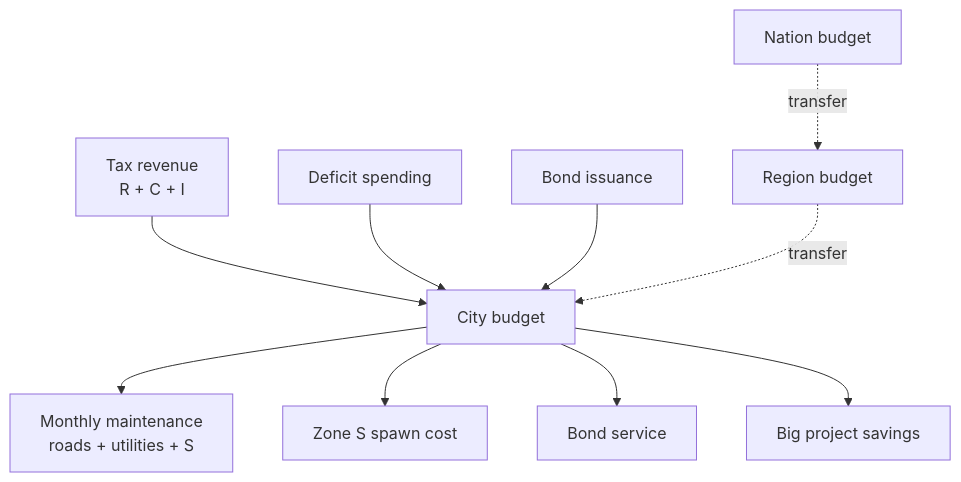
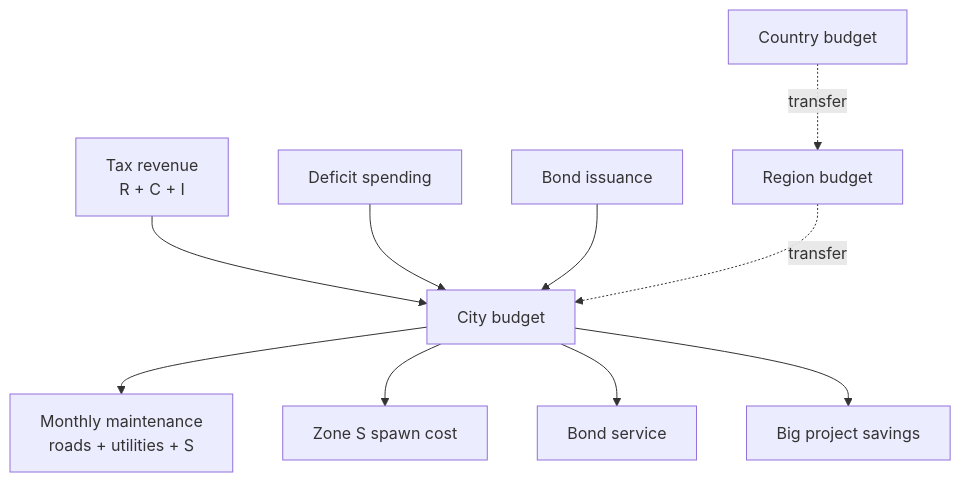
One commit to jiramos87/TerritoryDeveloper changed the third of 5 diagrams in docs/full-game-mvp-exploration.md. Above: the diagram before and after it, drawn with Mermaid. The commit also changed other lines of this file and 15 other files, not shown here.

````diff
--- a/docs/full-game-mvp-exploration.md
+++ b/docs/full-game-mvp-exploration.md
@@ -509,14 +511,14 @@
 ```mermaid
 flowchart TD
     TAX[Tax revenue<br/>R + C + I] --> CITYBUDG[City budget]
     CITYBUDG --> MAINT[Monthly maintenance<br/>roads + utilities + S]
     CITYBUDG --> SSPAWN[Zone S spawn cost]
     CITYBUDG --> BONDSERVE[Bond service]
     CITYBUDG --> BIGPROJ[Big project savings]
 
     DEFICIT[Deficit spending] --> CITYBUDG
     BOND[Bond issuance] --> CITYBUDG
 
     REGBUDG[Region budget] -.->|transfer| CITYBUDG
-    NATBUDG[Nation budget] -.->|transfer| REGBUDG
+    NATBUDG[Country budget] -.->|transfer| REGBUDG
 ```
````
